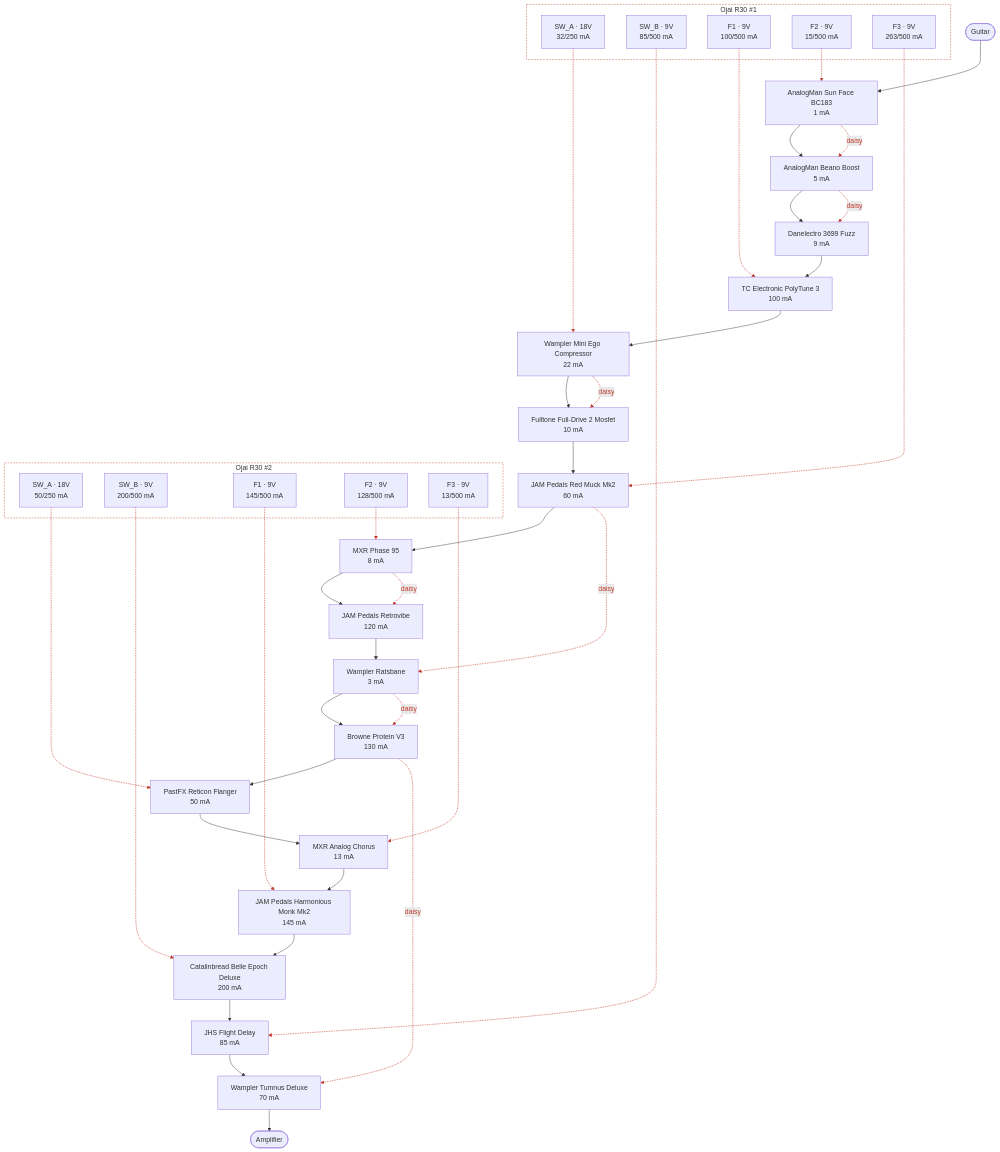
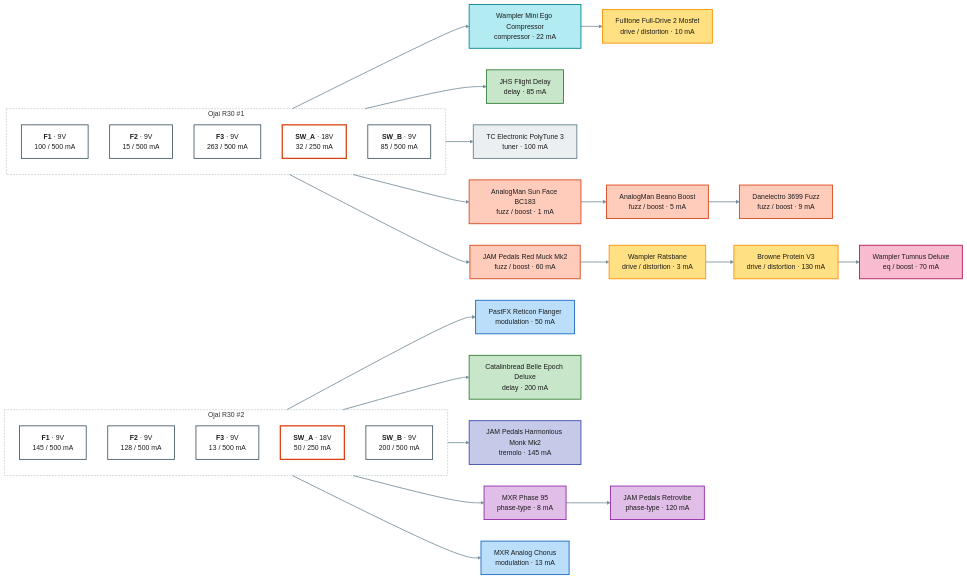
Before and after one commit to pedroacvieira/pedalboard: the second of 2 diagrams in projects/guitar-gig/README.md, drawn with Mermaid. The commit also changed other lines of this file and 14 other files, not shown here.

First line of the commit message:
Split README diagrams and add the bass project

````diff
--- a/projects/guitar-gig/README.md
+++ b/projects/guitar-gig/README.md
@@ -11,74 +138,68 @@
 ```mermaid
-flowchart TB
-    guitar(["Guitar"])
-    amp(["Amplifier"])
-    sun_face["AnalogMan Sun Face BC183<br/>1 mA"]
-    beano["AnalogMan Beano Boost<br/>5 mA"]
-    danelectro_3699["Danelectro 3699 Fuzz<br/>9 mA"]
-    polytune_3["TC Electronic PolyTune 3<br/>100 mA"]
-    mini_ego["Wampler Mini Ego Compressor<br/>22 mA"]
-    fulldrive_2["Fulltone Full-Drive 2 Mosfet<br/>10 mA"]
-    red_muck["JAM Pedals Red Muck Mk2<br/>60 mA"]
-    phase_95["MXR Phase 95<br/>8 mA"]
-    retrovibe["JAM Pedals Retrovibe<br/>120 mA"]
-    ratsbane["Wampler Ratsbane<br/>3 mA"]
-    protein["Browne Protein V3<br/>130 mA"]
-    reticon["PastFX Reticon Flanger<br/>50 mA"]
-    analog_chorus["MXR Analog Chorus<br/>13 mA"]
-    monk["JAM Pedals Harmonious Monk Mk2<br/>145 mA"]
-    belle_epoch["Catalinbread Belle Epoch Deluxe<br/>200 mA"]
-    flight_delay["JHS Flight Delay<br/>85 mA"]
-    tumnus_deluxe["Wampler Tumnus Deluxe<br/>70 mA"]
-    guitar --> sun_face
+flowchart LR
+    subgraph psu1["Ojai R30 #1"]
+        direction TB
+        psu1_F1["<b>F1</b> · 9V<br/>100 / 500 mA"]:::out9
+        psu1_F2["<b>F2</b> · 9V<br/>15 / 500 mA"]:::out9
+        psu1_F3["<b>F3</b> · 9V<br/>263 / 500 mA"]:::out9
+        psu1_SW_A["<b>SW_A</b> · 18V<br/>32 / 250 mA"]:::out18
+        psu1_SW_B["<b>SW_B</b> · 9V<br/>85 / 500 mA"]:::out9
+    end
+    subgraph psu2["Ojai R30 #2"]
+        direction TB
+        psu2_F1["<b>F1</b> · 9V<br/>145 / 500 mA"]:::out9
+        psu2_F2["<b>F2</b> · 9V<br/>128 / 500 mA"]:::out9
+        psu2_F3["<b>F3</b> · 9V<br/>13 / 500 mA"]:::out9
+        psu2_SW_A["<b>SW_A</b> · 18V<br/>50 / 250 mA"]:::out18
+        psu2_SW_B["<b>SW_B</b> · 9V<br/>200 / 500 mA"]:::out9
+    end
+    mini_ego["Wampler Mini Ego Compressor<br/>compressor · 22 mA"]:::c_compressor
+    fulldrive_2["Fulltone Full-Drive 2 Mosfet<br/>drive / distortion · 10 mA"]:::c_drive___distortion
+    flight_delay["JHS Flight Delay<br/>delay · 85 mA"]:::c_delay
+    polytune_3["TC Electronic PolyTune 3<br/>tuner · 100 mA"]:::c_tuner
+    sun_face["AnalogMan Sun Face BC183<br/>fuzz / boost · 1 mA"]:::c_fuzz___boost
+    beano["AnalogMan Beano Boost<br/>fuzz / boost · 5 mA"]:::c_fuzz___boost
+    danelectro_3699["Danelectro 3699 Fuzz<br/>fuzz / boost · 9 mA"]:::c_fuzz___boost
+    red_muck["JAM Pedals Red Muck Mk2<br/>fuzz / boost · 60 mA"]:::c_fuzz___boost
+    ratsbane["Wampler Ratsbane<br/>drive / distortion · 3 mA"]:::c_drive___distortion
+    protein["Browne Protein V3<br/>drive / distortion · 130 mA"]:::c_drive___distortion
+    tumnus_deluxe["Wampler Tumnus Deluxe<br/>eq / boost · 70 mA"]:::c_eq___boost
+    reticon["PastFX Reticon Flanger<br/>modulation · 50 mA"]:::c_modulation
+    belle_epoch["Catalinbread Belle Epoch Deluxe<br/>delay · 200 mA"]:::c_delay
+    monk["JAM Pedals Harmonious Monk Mk2<br/>tremolo · 145 mA"]:::c_tremolo
+    phase_95["MXR Phase 95<br/>phase-type · 8 mA"]:::c_phase_type
+    retrovibe["JAM Pedals Retrovibe<br/>phase-type · 120 mA"]:::c_phase_type
+    analog_chorus["MXR Analog Chorus<br/>modulation · 13 mA"]:::c_modulation
+    psu1_F1 --> polytune_3
+    psu1_F2 --> sun_face
     sun_face --> beano
     beano --> danelectro_3699
-    danelectro_3699 --> polytune_3
-    polytune_3 --> mini_ego
+    psu1_F3 --> red_muck
+    red_muck --> ratsbane
+    ratsbane --> protein
+    protein --> tumnus_deluxe
+    psu1_SW_A --> mini_ego
     mini_ego --> fulldrive_2
-    fulldrive_2 --> red_muck
-    red_muck --> phase_95
+    psu1_SW_B --> flight_delay
+    psu2_F1 --> monk
+    psu2_F2 --> phase_95
     phase_95 --> retrovibe
-    retrovibe --> ratsbane
-    ratsbane --> protein
-    protein --> reticon
-    reticon --> analog_chorus
-    analog_chorus --> monk
-    monk --> belle_epoch
-    belle_epoch --> flight_delay
-    flight_delay --> tumnus_deluxe
-    tumnus_deluxe --> amp
-    subgraph psu1["Ojai R30 #1"]
-        psu1_SW_A["SW_A · 18V<br/>32/250 mA"]
-        psu1_SW_B["SW_B · 9V<br/>85/500 mA"]
-        psu1_F1["F1 · 9V<br/>100/500 mA"]
-        psu1_F2["F2 · 9V<br/>15/500 mA"]
-        psu1_F3["F3 · 9V<br/>263/500 mA"]
-    end
-    psu1_SW_A -.-> mini_ego
-    mini_ego -.->|daisy| fulldrive_2
-    psu1_SW_B -.-> flight_delay
-    psu1_F1 -.-> polytune_3
-    psu1_F2 -.-> sun_face
-    sun_face -.->|daisy| beano
-    beano -.->|daisy| danelectro_3699
-    psu1_F3 -.-> red_muck
-    red_muck -.->|daisy| ratsbane
-    ratsbane -.->|daisy| protein
-    protein -.->|daisy| tumnus_deluxe
-    subgraph psu2["Ojai R30 #2"]
-        psu2_SW_A["SW_A · 18V<br/>50/250 mA"]
-        psu2_SW_B["SW_B · 9V<br/>200/500 mA"]
-        psu2_F1["F1 · 9V<br/>145/500 mA"]
-        psu2_F2["F2 · 9V<br/>128/500 mA"]
-        psu2_F3["F3 · 9V<br/>13/500 mA"]
-    end
-    psu2_SW_A -.-> reticon
-    psu2_SW_B -.-> belle_epoch
-    psu2_F1 -.-> monk
-    psu2_F2 -.-> phase_95
-    phase_95 -.->|daisy| retrovibe
-    psu2_F3 -.-> analog_chorus
-    linkStyle 18,19,20,21,22,23,24,25,26,27,28,29,30,31,32,33,34 stroke:#c0392b,stroke-width:1.5px,color:#c0392b
-    style psu1 fill:none,stroke:#c0392b,stroke-dasharray:4 3
-    style psu2 fill:none,stroke:#c0392b,stroke-dasharray:4 3
+    psu2_F3 --> analog_chorus
+    psu2_SW_A --> reticon
+    psu2_SW_B --> belle_epoch
+    classDef out9 fill:#ffffff,stroke:#455a64,stroke-width:2px,color:#1b1b1b
+    classDef out18 fill:#ffffff,stroke:#d84315,stroke-width:3px,color:#1b1b1b
+    classDef spare fill:#fafafa,stroke:#9e9e9e,stroke-dasharray:4 3,color:#757575
+    classDef c_tuner fill:#eceff1,stroke:#607d8b,stroke-width:2px,color:#1b1b1b
+    classDef c_compressor fill:#b2ebf2,stroke:#00838f,stroke-width:2px,color:#1b1b1b
+    classDef c_fuzz___boost fill:#ffccbc,stroke:#d84315,stroke-width:2px,color:#1b1b1b
+    classDef c_drive___distortion fill:#ffe082,stroke:#ff8f00,stroke-width:2px,color:#1b1b1b
+    classDef c_phase_type fill:#e1bee7,stroke:#8e24aa,stroke-width:2px,color:#1b1b1b
+    classDef c_modulation fill:#bbdefb,stroke:#1565c0,stroke-width:2px,color:#1b1b1b
+    classDef c_tremolo fill:#c5cae9,stroke:#3949ab,stroke-width:2px,color:#1b1b1b
+    classDef c_delay fill:#c8e6c9,stroke:#2e7d32,stroke-width:2px,color:#1b1b1b
+    classDef c_eq___boost fill:#f8bbd0,stroke:#ad1457,stroke-width:2px,color:#1b1b1b
+    style psu1 fill:none,stroke:#90a4ae,stroke-dasharray:4 3
+    style psu2 fill:none,stroke:#90a4ae,stroke-dasharray:4 3
+    linkStyle default stroke:#78909c,stroke-width:2px
 ```
````
